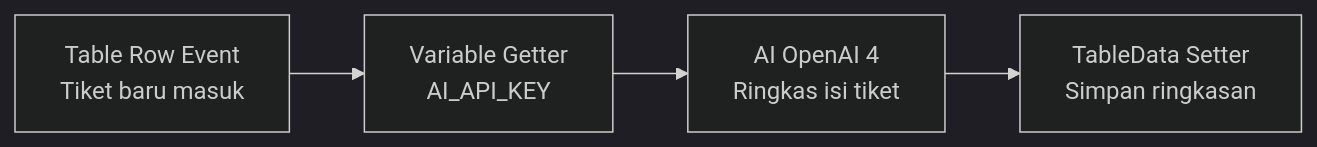
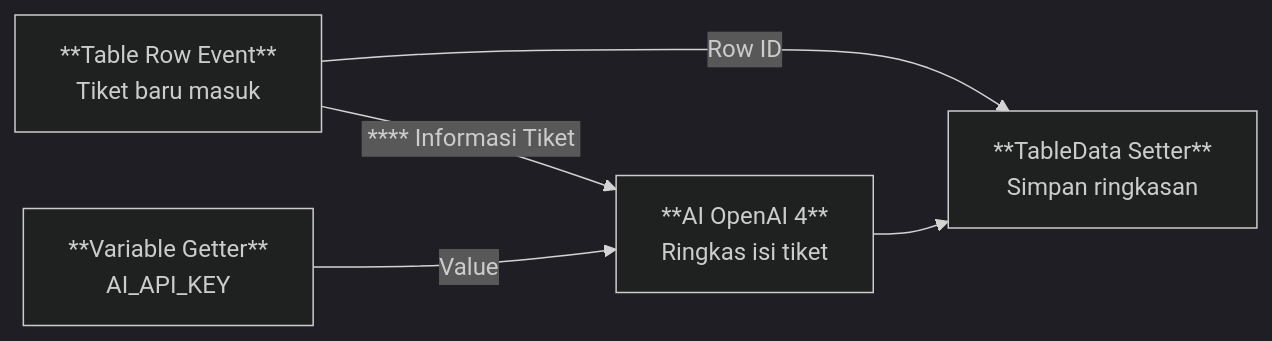
Before and after one commit to ginalne/phoenix-docs: the second of 2 diagrams in Docs/Modul Data/Variable/Apa itu Variable.md, drawn with Mermaid (dark theme). The commit also changed other lines of this file and 1 other file, not shown here.

Commit message:
Update 2 pages

````diff
--- a/Docs/Modul Data/Variable/Apa itu Variable.md
+++ b/Docs/Modul Data/Variable/Apa itu Variable.md
@@ -158,6 +158,7 @@
 ```mermaid
 flowchart LR
-    A["Table Row Event<br/>Tiket baru masuk"] --> B["Variable Getter<br/>AI_API_KEY"]
-    B --> C["AI OpenAI 4<br/>Ringkas isi tiket"]
-    C --> D["TableData Setter<br/>Simpan ringkasan"]
+    A[**Table Row Event**<br/>Tiket baru masuk] -->|"&nbsp;**<Objek >** Informasi Tiket&nbsp;"| C
+    A -->|" Row ID "| D
+    B["**Variable Getter**<br/>AI_API_KEY"] -->|"Value"| C["**AI OpenAI 4**<br/>Ringkas isi tiket"]
+    C --> D["**TableData Setter**<br/>Simpan ringkasan"]
 ```
````
